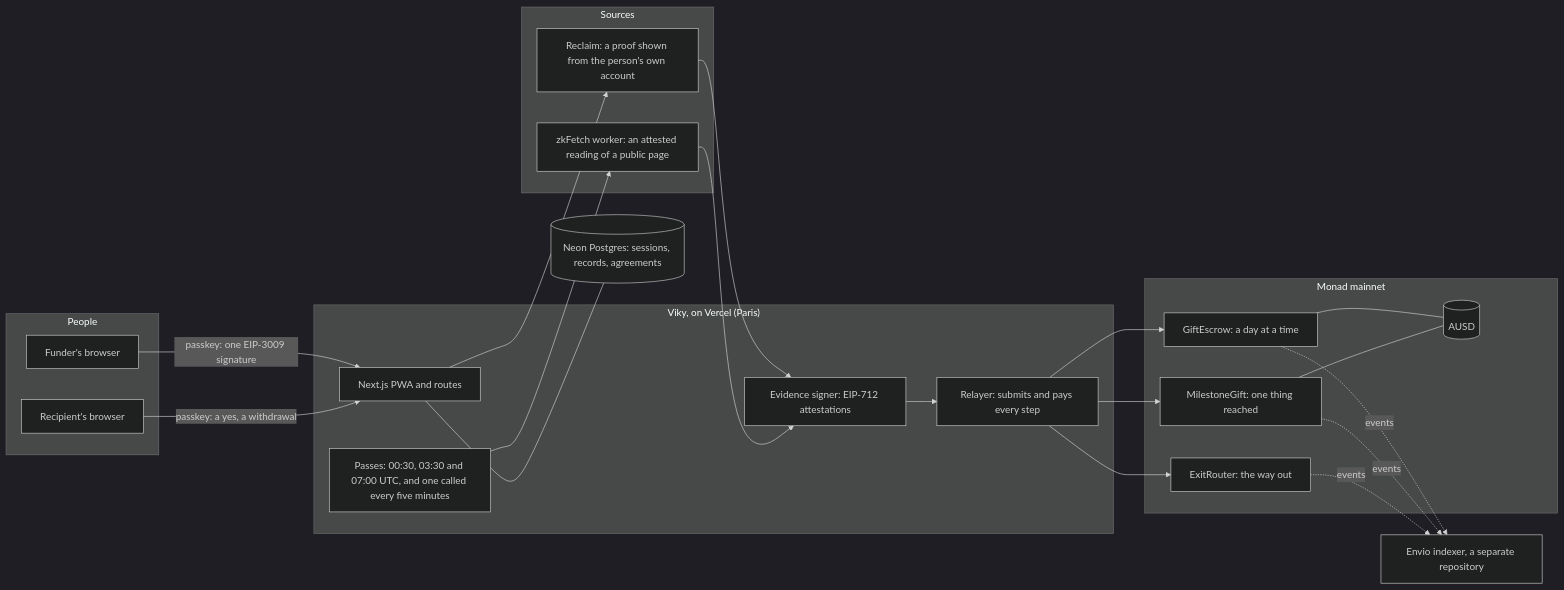
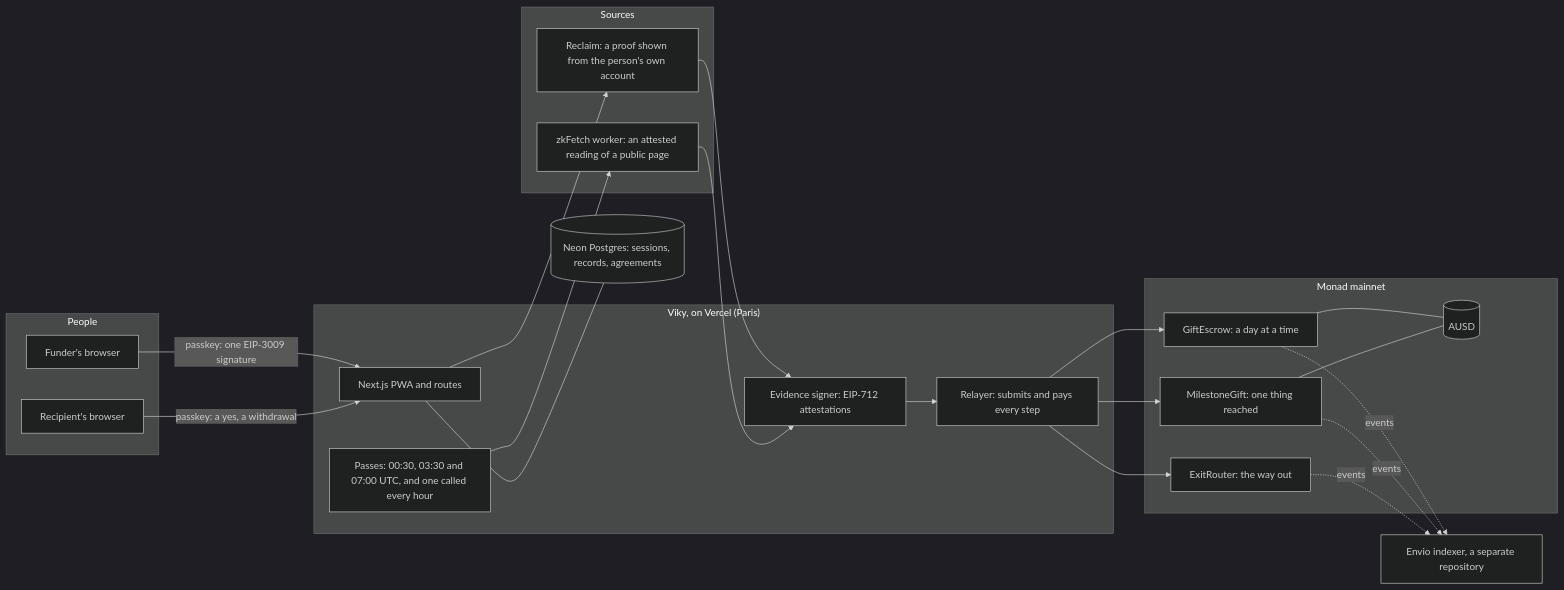
The diagram in README.md (RedGnad/Viky), drawn with Mermaid (dark theme) before and after one commit. The commit also changed 28 other files, not shown here.

First line of the commit message:
The frequent pass runs every hour: its sentences, its three numbers, and Chicago's read counted (#20)

````diff
--- a/README.md
+++ b/README.md
@@ -230,41 +230,41 @@
 ```mermaid
 flowchart LR
   subgraph People
     F[Funder's browser]
     R[Recipient's browser]
   end
   subgraph Viky["Viky, on Vercel (Paris)"]
     APP[Next.js PWA and routes]
     REL[Relayer: submits and pays every step]
     SIG[Evidence signer: EIP-712 attestations]
-    CRON[Passes: 00:30, 03:30 and 07:00 UTC, and one called every five minutes]
+    CRON[Passes: 00:30, 03:30 and 07:00 UTC, and one called every hour]
   end
   DB[(Neon Postgres: sessions, records, agreements)]
   subgraph Sources
     RCL[Reclaim: a proof shown from the person's own account]
     ZK[zkFetch worker: an attested reading of a public page]
   end
   subgraph Monad["Monad mainnet"]
     GE[GiftEscrow: a day at a time]
     MG[MilestoneGift: one thing reached]
     ER[ExitRouter: the way out]
     AUSD[(AUSD)]
   end
   IDX[Envio indexer, a separate repository]
   F -- "passkey: one EIP-3009 signature" --> APP
   R -- "passkey: a yes, a withdrawal" --> APP
   APP --- DB
   APP --> RCL
   CRON --> ZK
   RCL --> SIG
   ZK --> SIG
   SIG --> REL
   REL --> GE
   REL --> MG
   REL --> ER
   GE --- AUSD
   MG --- AUSD
   GE -. events .-> IDX
   MG -. events .-> IDX
   ER -. events .-> IDX
 ```
````
